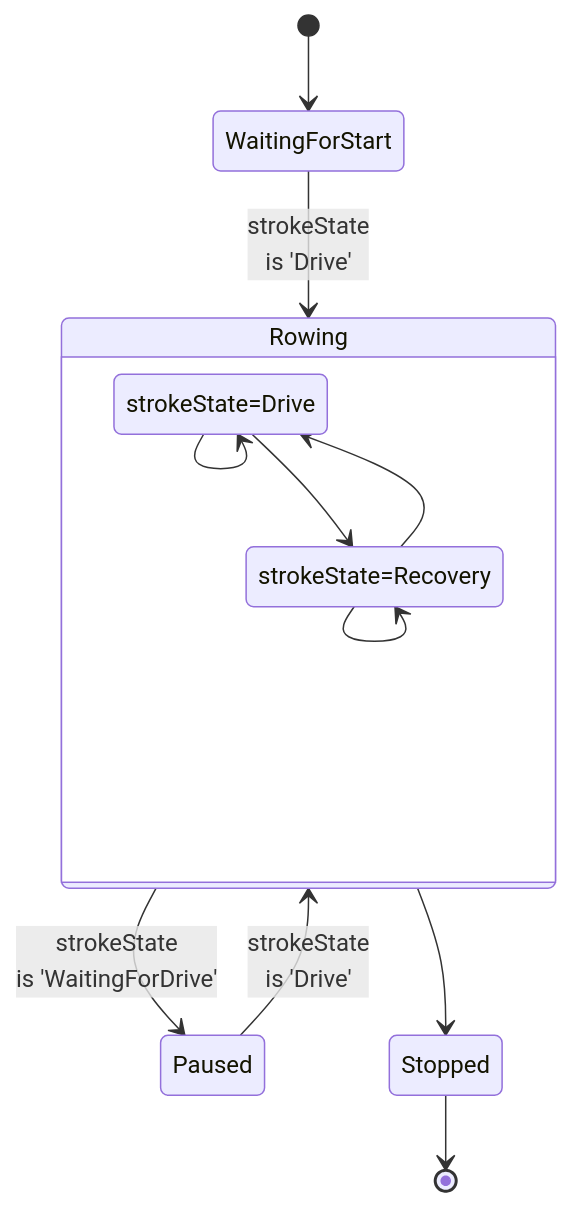
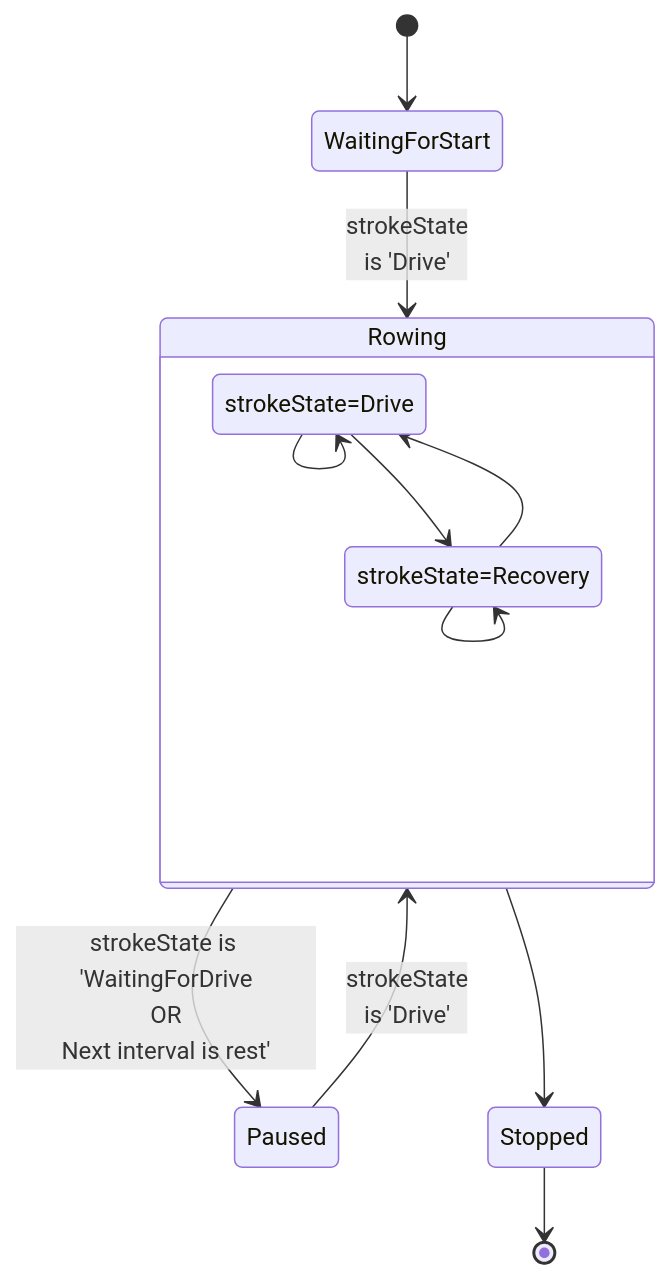
One commit to JaapvanEkris/openrowingmonitor changed the fifth of 6 diagrams in docs/Architecture.md. Above: the diagram before and after it, drawn with Mermaid.

````diff
--- a/docs/Architecture.md
+++ b/docs/Architecture.md
@@ -209,15 +209,15 @@
 ```mermaid
 stateDiagram-v2
     [*] --> WaitingForStart
     WaitingForStart --> Rowing: strokeState<br>is 'Drive'
     state Rowing {
         strokeState=Drive --> strokeState=Recovery
         strokeState=Drive --> strokeState=Drive
         strokeState=Recovery --> strokeState=Drive
         strokeState=Recovery --> strokeState=Recovery
     }
-    Rowing --> Paused: strokeState<br>is 'WaitingForDrive'
+    Rowing --> Paused: strokeState is 'WaitingForDrive<br>OR<br>Next interval is rest'
     Paused --> Rowing: strokeState<br>is 'Drive'
     Rowing --> Stopped
     Stopped --> [*]
 ```
````
